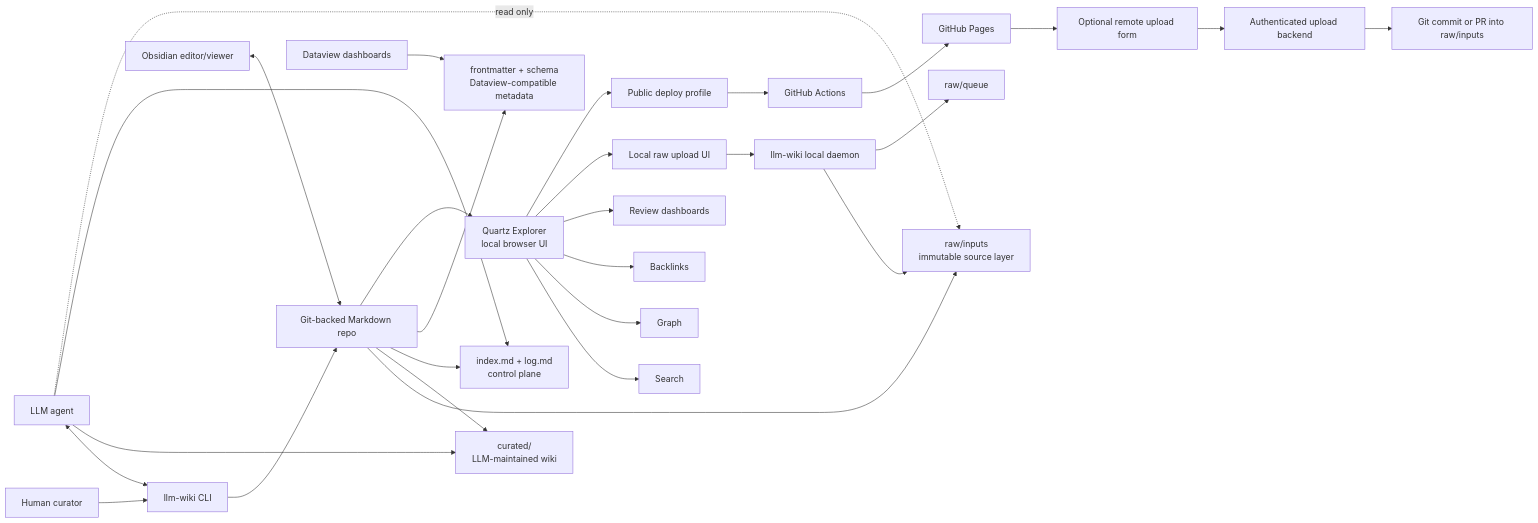
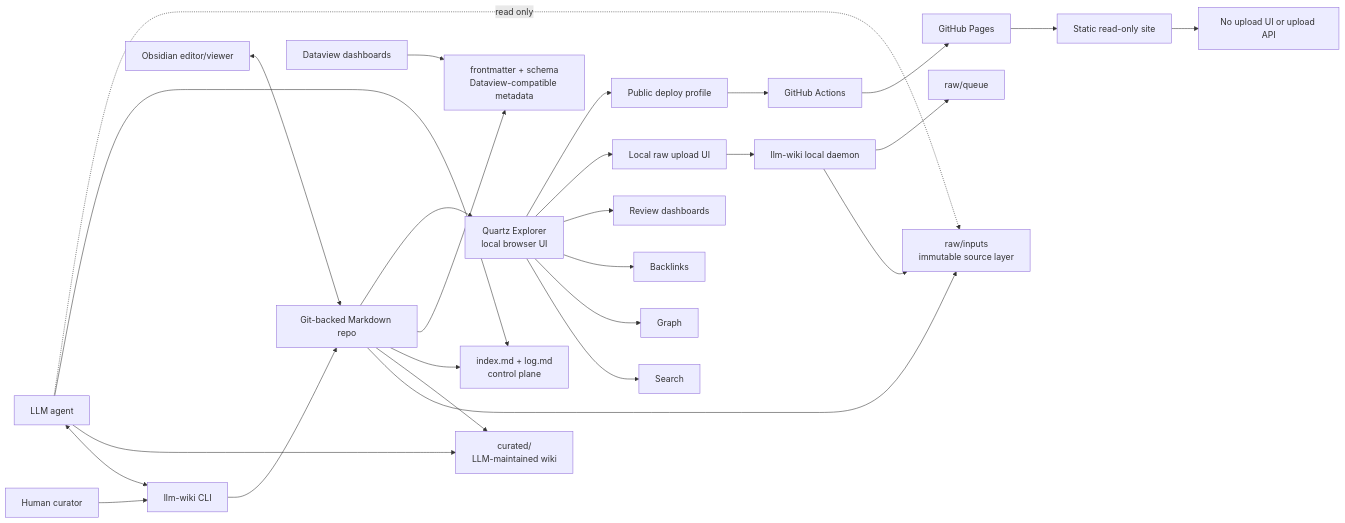
Before and after one commit to ufJmacca/llm-wiki: the first of 3 diagrams in prds/llm-wiki-prd.md, drawn with Mermaid. The commit also changed other lines of this file and 4 other files, not shown here.

Commit message:
feat(docs): clarify upload capability for github pages

````diff
--- a/prds/llm-wiki-prd.md
+++ b/prds/llm-wiki-prd.md
@@ -283,37 +284,36 @@
 ```mermaid
 flowchart LR
   U[Human curator] --> CLI[llm-wiki CLI]
   CLI --> Repo[Git-backed Markdown repo]
 
   Repo --> Raw[raw/inputs<br/>immutable source layer]
   Repo --> Curated[curated/<br/>LLM-maintained wiki]
   Repo --> Control[index.md + log.md<br/>control plane]
   Repo --> Meta[frontmatter + schema<br/>Dataview-compatible metadata]
 
   Agent[LLM agent] <--> CLI
   Agent --> Curated
   Agent --> Control
   Agent -. read only .-> Raw
 
   Obsidian[Obsidian editor/viewer] <--> Repo
   Dataview[Dataview dashboards] --> Meta
 
   Repo --> Quartz[Quartz Explorer<br/>local browser UI]
   Quartz --> Search[Search]
   Quartz --> Graph[Graph]
   Quartz --> Backlinks[Backlinks]
   Quartz --> Review[Review dashboards]
   Quartz --> UploadLocal[Local raw upload UI]
 
   UploadLocal --> Daemon[llm-wiki local daemon]
   Daemon --> Raw
   Daemon --> Queue[raw/queue]
 
   Quartz --> PublicProfile[Public deploy profile]
   PublicProfile --> GHA[GitHub Actions]
   GHA --> Pages[GitHub Pages]
 
-  Pages --> UploadRemote[Optional remote upload form]
-  UploadRemote --> Serverless[Authenticated upload backend]
-  Serverless --> PR[Git commit or PR into raw/inputs]
+  Pages --> StaticOnly[Static read-only site]
+  StaticOnly --> NoUpload[No upload UI or upload API]
 ```
````
